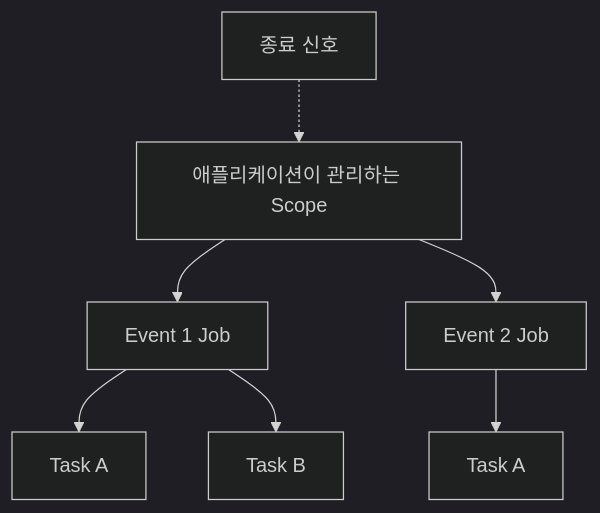
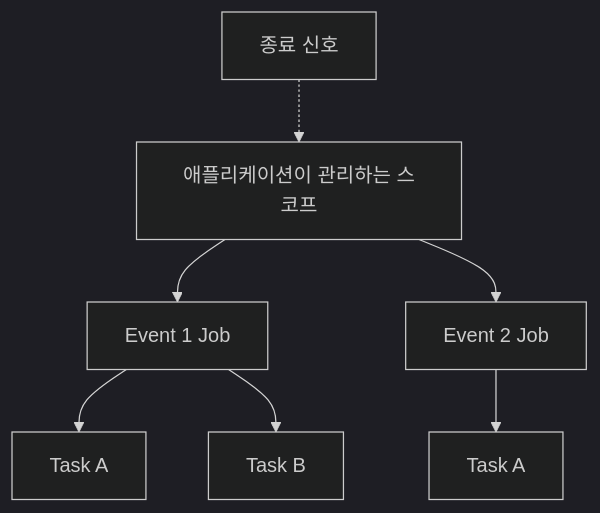
Before and after one commit to jiwon11/jiwon11.github.io: the seventh of 10 diagrams in _posts/2026-06-29-ai-conversation-post-processing-pipeline.md, drawn with Mermaid (dark theme). The commit also changed other lines of this file and 7 other files, not shown here.

```diff
--- a/_posts/2026-06-29-ai-conversation-post-processing-pipeline.md
+++ b/_posts/2026-06-29-ai-conversation-post-processing-pipeline.md
@@ -243,11 +235,11 @@
 ~~~mermaid
 flowchart TB
-    S["애플리케이션이 관리하는 Scope"]
+    S["애플리케이션이 관리하는 스코프"]
     S --> J1["Event 1 Job"]
     S --> J2["Event 2 Job"]
     J1 --> A1["Task A"]
     J1 --> B1["Task B"]
     J2 --> A2["Task A"]
 
     STOP["종료 신호"] -.-> S
 ~~~
```
